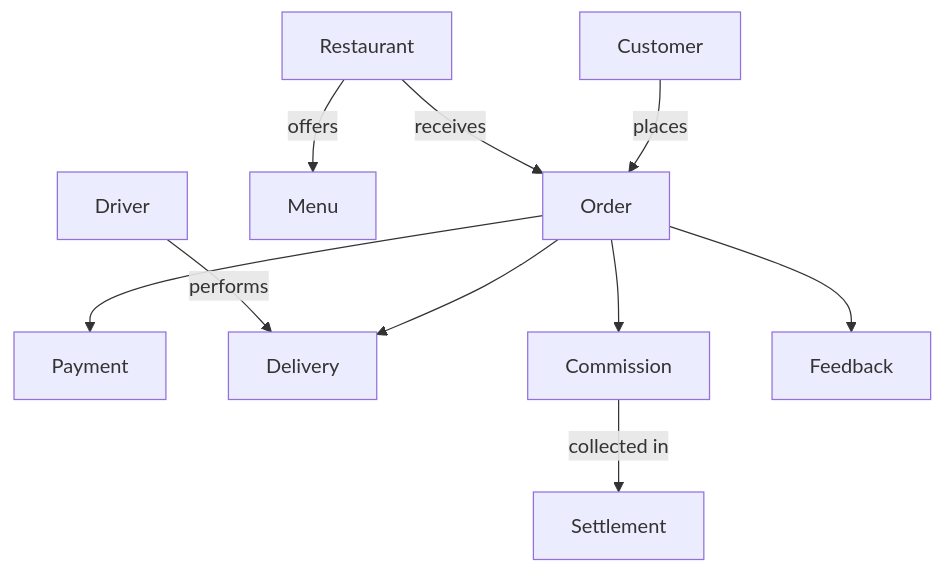
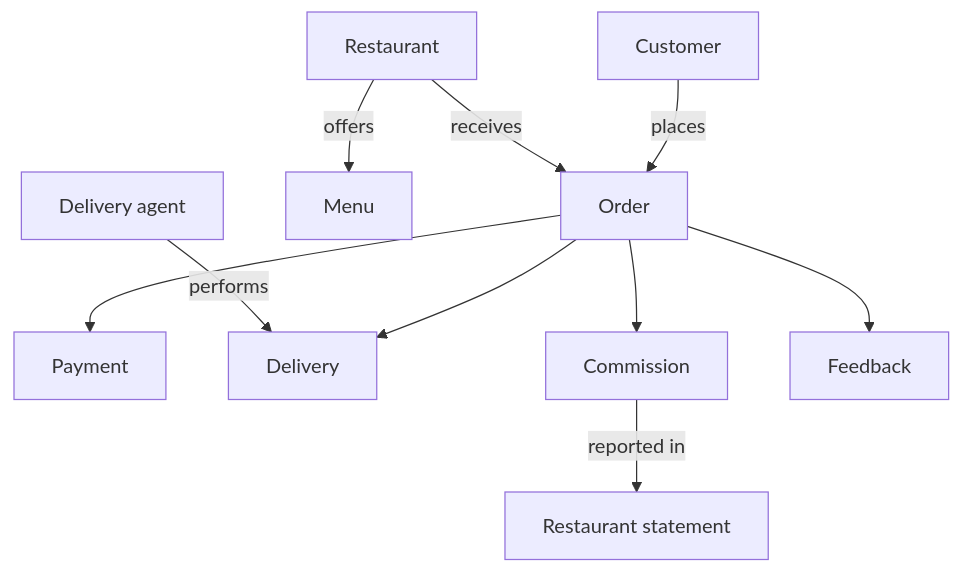
The first of 3 diagrams in apps/docs/src/content/docs/product/domain-model.mdx (DannyShayH/MTGO), drawn with Mermaid before and after one commit. The commit also changed other lines of this file and 26 other files, not shown here.

````diff
--- a/apps/docs/src/content/docs/product/domain-model.mdx
+++ b/apps/docs/src/content/docs/product/domain-model.mdx
@@ -39,17 +54,17 @@
 ```mermaid
 flowchart TB
   accTitle: MTOGO business relationships
-  accDescr: A customer places an order with a restaurant. The order connects payment, delivery by a driver, commission collected in a settlement, and customer feedback. This is a proposed model for team review.
+  accDescr: A customer places an order with a restaurant. The order connects payment, delivery by a delivery agent, commission reported in a Restaurant statement, and customer feedback. This is a proposed model for team review.
   customer["Customer"] -->|places| order["Order"]
   restaurant["Restaurant"] -->|receives| order
   restaurant -->|offers| menu["Menu"]
   order --> payment["Payment"]
   order --> delivery["Delivery"]
-  driver["Driver"] -->|performs| delivery
+  driver["Delivery agent"] -->|performs| delivery
   order --> commission["Commission"]
-  commission -->|collected in| settlement["Settlement"]
+  commission -->|reported in| settlement["Restaurant statement"]
   order --> feedback["Feedback"]
   class customer,restaurant,menu,driver service
   class order entry
   class payment,delivery,commission,settlement,feedback queue
 ```
````
